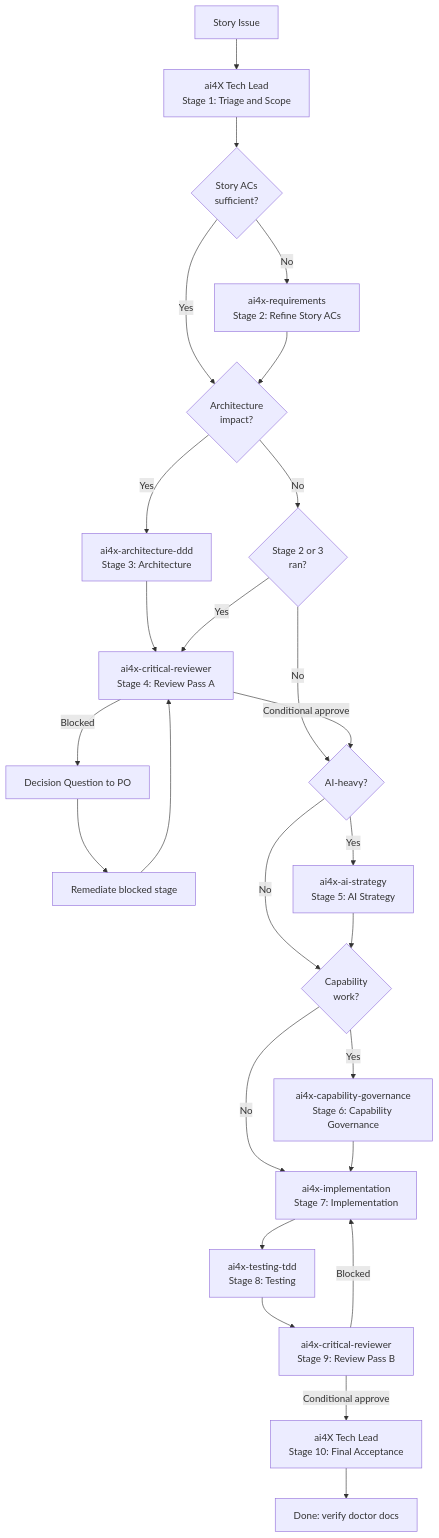
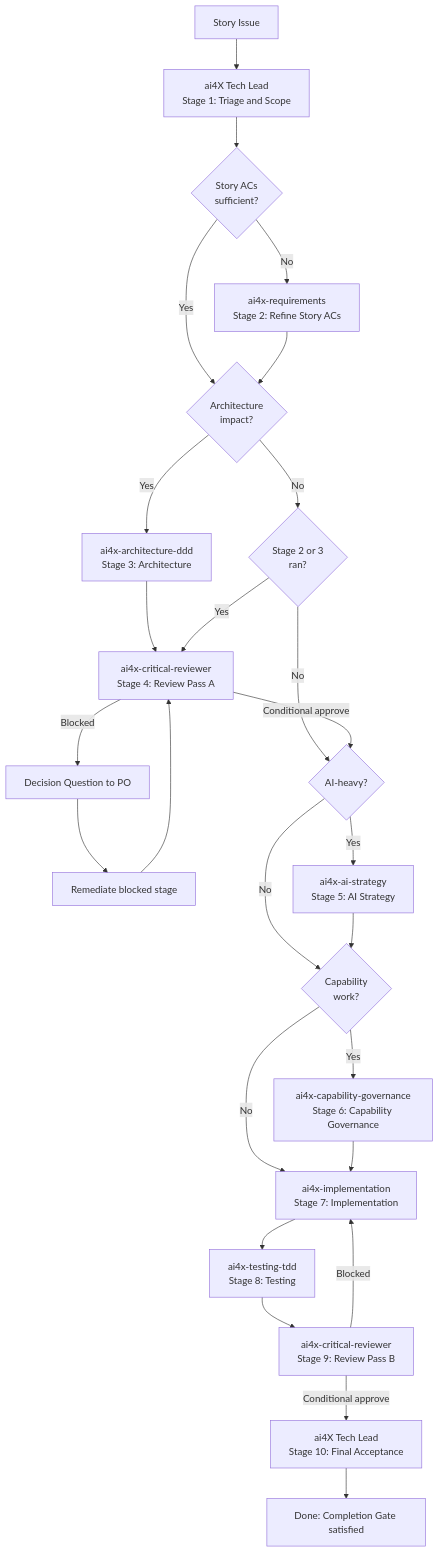
The diagram in crp/gov/prc/workflow.md (normenmueller/ai4X), drawn with Mermaid before and after one commit. The commit also changed other lines of this file and 4 other files, not shown here.

````diff
--- a/crp/gov/prc/workflow.md
+++ b/crp/gov/prc/workflow.md
@@ -252,28 +252,28 @@
 ```mermaid
 flowchart TD
 	STORY[Story Issue] --> O1[ai4X Tech Lead<br/>Stage 1: Triage and Scope]
 	O1 --> NEED_REQ{Story ACs<br/>sufficient?}
 	NEED_REQ -->|No| R[ai4x-requirements<br/>Stage 2: Refine Story ACs]
 	NEED_REQ -->|Yes| NEED_ARCH{Architecture<br/>impact?}
 	R --> NEED_ARCH
 	NEED_ARCH -->|Yes| A[ai4x-architecture-ddd<br/>Stage 3: Architecture]
 	NEED_ARCH -->|No| NEED_CRA{Stage 2 or 3<br/>ran?}
 	A --> CR1[ai4x-critical-reviewer<br/>Stage 4: Review Pass A]
 	NEED_CRA -->|Yes| CR1
 	NEED_CRA -->|No| NEED_AI{AI-heavy?}
 	CR1 -->|Blocked| DQ[Decision Question to PO]
 	DQ --> CR1_FIX[Remediate blocked stage]
 	CR1_FIX --> CR1
 	CR1 -->|Conditional approve| NEED_AI
 	NEED_AI -->|Yes| S[ai4x-ai-strategy<br/>Stage 5: AI Strategy]
 	NEED_AI -->|No| NEED_CAP{Capability<br/>work?}
 	S --> NEED_CAP
 	NEED_CAP -->|Yes| CG[ai4x-capability-governance<br/>Stage 6: Capability Governance]
 	NEED_CAP -->|No| I
 	CG --> I[ai4x-implementation<br/>Stage 7: Implementation]
 	I --> T[ai4x-testing-tdd<br/>Stage 8: Testing]
 	T --> CR2[ai4x-critical-reviewer<br/>Stage 9: Review Pass B]
 	CR2 -->|Blocked| I
 	CR2 -->|Conditional approve| O2[ai4X Tech Lead<br/>Stage 10: Final Acceptance]
-	O2 --> DONE[Done: verify doctor docs]
+	O2 --> DONE[Done: Completion Gate satisfied]
 ```
````
